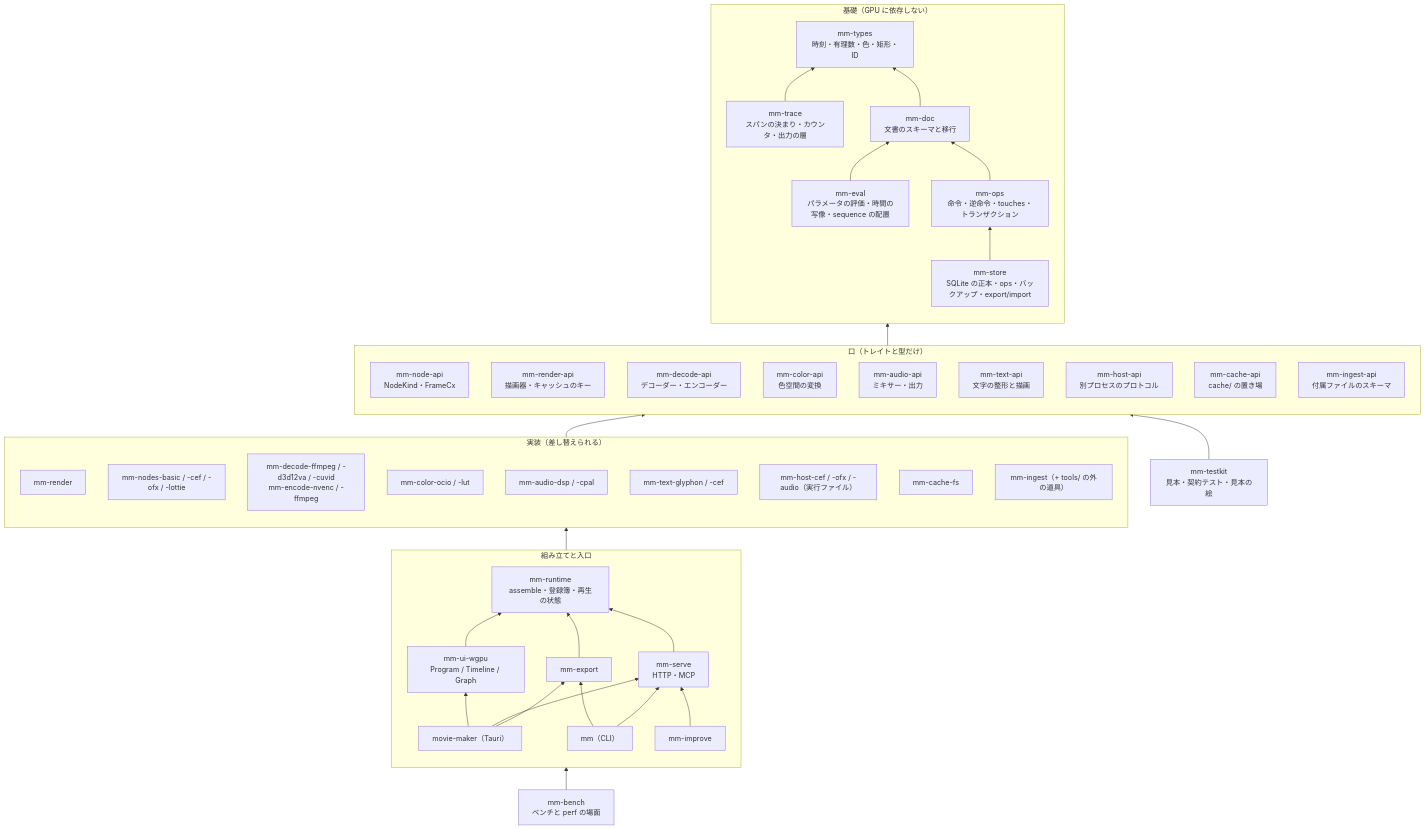
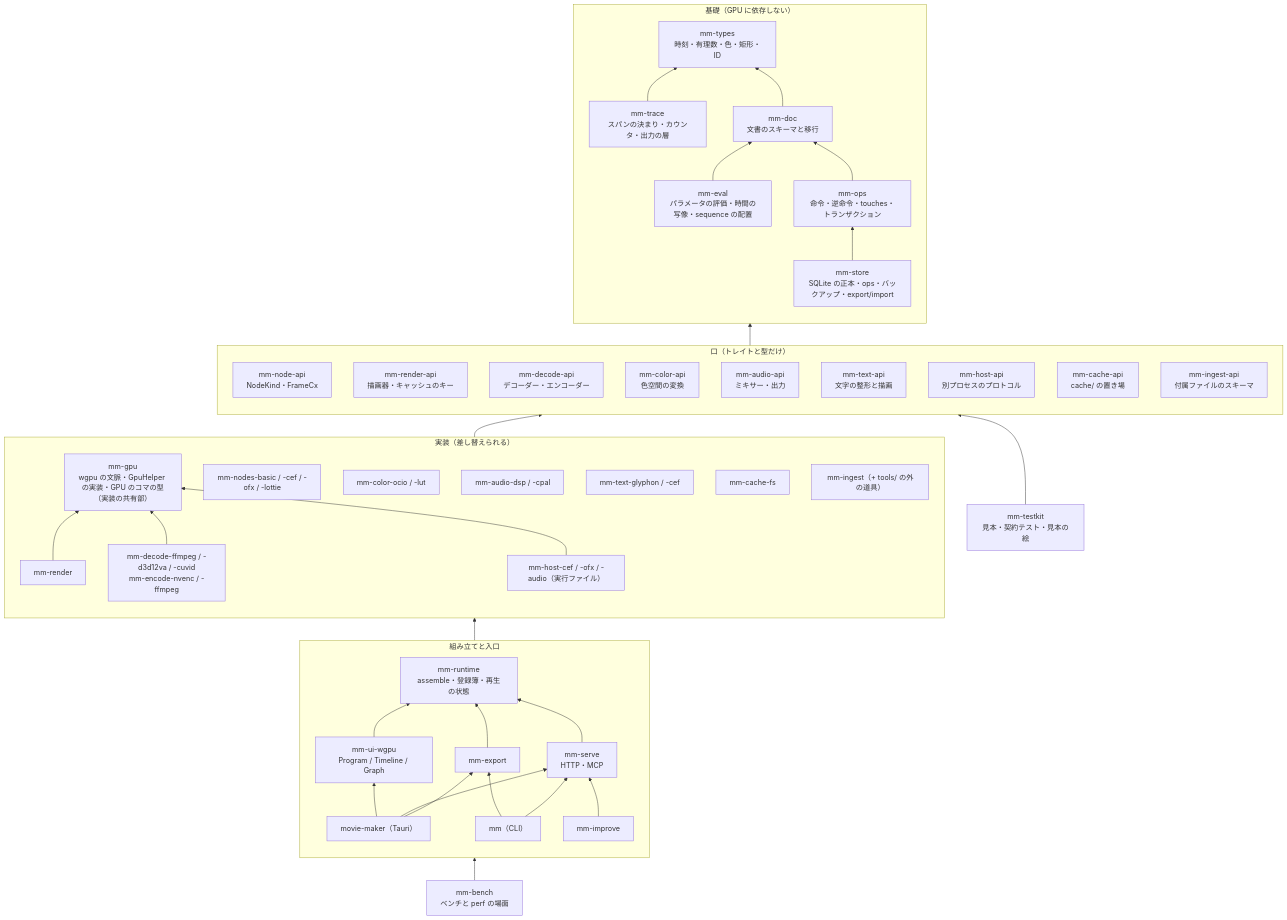
Before and after one commit to Durun/claude-marketplace: the diagram in movie-maker/docs/design/14-dev-structure.md, drawn with Mermaid. The commit also changed other lines of this file and 8 other files, not shown here.

````diff
--- a/movie-maker/docs/design/14-dev-structure.md
+++ b/movie-maker/docs/design/14-dev-structure.md
@@ -7,65 +7,69 @@
 ```mermaid
 flowchart BT
   subgraph BASE[基礎（GPU に依存しない）]
     direction BT
     types[mm-types<br>時刻・有理数・色・矩形・ID]
     doc[mm-doc<br>文書のスキーマと移行]
     eval[mm-eval<br>パラメータの評価・時間の写像・sequence の配置]
     ops[mm-ops<br>命令・逆命令・touches・トランザクション]
     store[mm-store<br>SQLite の正本・ops・バックアップ・export/import]
     trace[mm-trace<br>スパンの決まり・カウンタ・出力の層]
     trace --> types
     doc --> types
     eval --> doc
     ops --> doc
     store --> ops
   end
   subgraph API[口（トレイトと型だけ）]
     direction BT
     node_api[mm-node-api<br>NodeKind・FrameCx]
     render_api[mm-render-api<br>描画器・キャッシュのキー]
     decode_api[mm-decode-api<br>デコーダー・エンコーダー]
     color_api[mm-color-api<br>色空間の変換]
     audio_api[mm-audio-api<br>ミキサー・出力]
     text_api[mm-text-api<br>文字の整形と描画]
     host_api[mm-host-api<br>別プロセスのプロトコル]
     cache_api[mm-cache-api<br>cache/ の置き場]
     ingest_api[mm-ingest-api<br>付属ファイルのスキーマ]
   end
   subgraph IMPL[実装（差し替えられる）]
     direction BT
+    gpu[mm-gpu<br>wgpu の文脈・GpuHelper の実装・GPU のコマの型（実装の共有部）]
     render[mm-render]
+    render --> gpu
+    decode --> gpu
+    hosts --> gpu
     nodes[mm-nodes-basic / -cef / -ofx / -lottie]
     decode[mm-decode-ffmpeg / -d3d12va / -cuvid<br>mm-encode-nvenc / -ffmpeg]
     color[mm-color-ocio / -lut]
     audio[mm-audio-dsp / -cpal]
     text[mm-text-glyphon / -cef]
     hosts[mm-host-cef / -ofx / -audio（実行ファイル）]
     cache[mm-cache-fs]
     ingest[mm-ingest（+ tools/ の外の道具）]
   end
   subgraph ASM[組み立てと入口]
     direction BT
     runtime[mm-runtime<br>assemble・登録簿・再生の状態]
     export[mm-export]
     serve[mm-serve<br>HTTP・MCP]
     app[movie-maker（Tauri）]
     cli[mm（CLI）]
     improve[mm-improve]
     uiw[mm-ui-wgpu<br>Program / Timeline / Graph]
     export --> runtime
     serve --> runtime
     uiw --> runtime
     app --> uiw
     app --> serve
     app --> export
     cli --> export
     cli --> serve
     improve --> serve
   end
   API --> BASE
   IMPL --> API
   runtime --> IMPL
   testkit[mm-testkit<br>見本・契約テスト・見本の絵] --> API
   bench[mm-bench<br>ベンチと perf の場面] --> runtime
 ```
````
